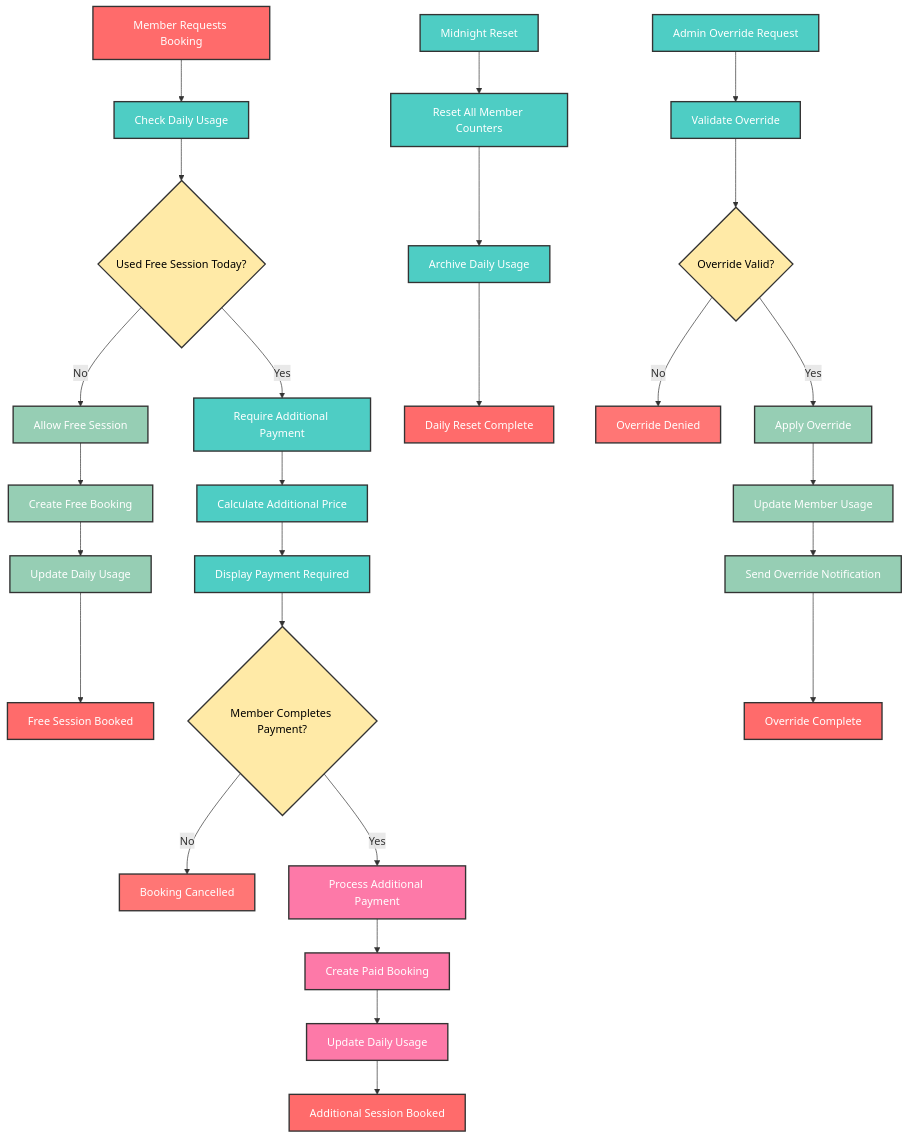
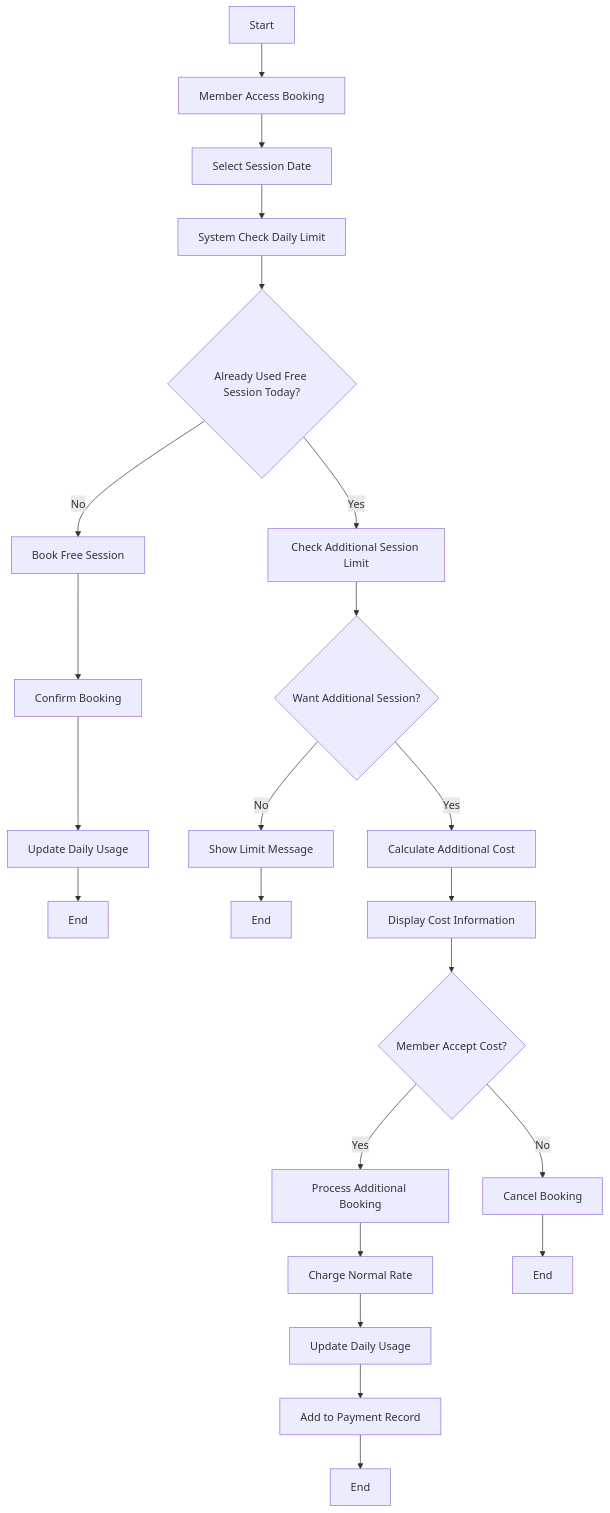
Before and after one commit to BlackCoffeee/raujan_pool: diagram 21 of 35 in Planing/06-uml-diagrams.md, drawn with Mermaid. The commit also changed other lines of this file, not shown here.

````diff
--- a/Planing/06-uml-diagrams.md
+++ b/Planing/06-uml-diagrams.md
@@ -1912,69 +1684,25 @@
 ```mermaid
-graph TD
-    A[Member Requests Booking] --> B[Check Daily Usage]
-    B --> C{Used Free Session Today?}
-    C -->|No| D[Allow Free Session]
-    D --> E[Create Free Booking]
-    E --> F[Update Daily Usage]
-    F --> G[Free Session Booked]
-    C -->|Yes| H[Require Additional Payment]
-    H --> I[Calculate Additional Price]
-    I --> J[Display Payment Required]
-    J --> K{Member Completes Payment?}
-    K -->|No| L[Booking Cancelled]
-    K -->|Yes| M[Process Additional Payment]
-    M --> N[Create Paid Booking]
-    N --> O[Update Daily Usage]
-    O --> P[Additional Session Booked]
-
-    %% Daily Reset Process
-    Q[Midnight Reset] --> R[Reset All Member Counters]
-    R --> S[Archive Daily Usage]
-    S --> T[Daily Reset Complete]
-
-    %% Admin Override
-    U[Admin Override Request] --> V[Validate Override]
-    V --> W{Override Valid?}
-    W -->|No| X[Override Denied]
-    W -->|Yes| Y[Apply Override]
-    Y --> Z[Update Member Usage]
-    Z --> AA[Send Override Notification]
-    AA --> BB[Override Complete]
-
-    %% Custom styling
-    classDef start-end fill:#ff6b6b,stroke:#333,stroke-width:2px,color:#fff
-    classDef process fill:#4ecdc4,stroke:#333,stroke-width:2px,color:#fff
-    classDef decision fill:#ffeaa7,stroke:#333,stroke-width:2px,color:#000
-    classDef success fill:#96ceb4,stroke:#333,stroke-width:2px,color:#fff
-    classDef failure fill:#ff7675,stroke:#333,stroke-width:2px,color:#fff
-    classDef paid fill:#fd79a8,stroke:#333,stroke-width:2px,color:#fff
-
-    A:::start-end
-    B:::process
-    C:::decision
-    D:::success
-    E:::success
-    F:::success
-    G:::start-end
-    H:::process
-    I:::process
-    J:::process
-    K:::decision
-    L:::failure
-    M:::paid
-    N:::paid
-    O:::paid
-    P:::start-end
-    Q:::process
-    R:::process
-    S:::process
-    T:::start-end
-    U:::process
-    V:::process
-    W:::decision
-    X:::failure
-    Y:::success
-    Z:::success
-    AA:::success
-    BB:::start-end
+flowchart TD
+    A[Start] --> B[Member Access Booking]
+    B --> C[Select Session Date]
+    C --> D[System Check Daily Limit]
+    D --> E{Already Used Free Session Today?}
+    E -->|No| F[Book Free Session]
+    E -->|Yes| G[Check Additional Session Limit]
+    F --> H[Confirm Booking]
+    H --> I[Update Daily Usage]
+    I --> J[End]
+    G --> K{Want Additional Session?}
+    K -->|No| L[Show Limit Message]
+    K -->|Yes| M[Calculate Additional Cost]
+    L --> N[End]
+    M --> O[Display Cost Information]
+    O --> P{Member Accept Cost?}
+    P -->|Yes| Q[Process Additional Booking]
+    P -->|No| R[Cancel Booking]
+    Q --> S[Charge Normal Rate]
+    S --> T[Update Daily Usage]
+    T --> U[Add to Payment Record]
+    U --> V[End]
+    R --> W[End]
 ```
````
